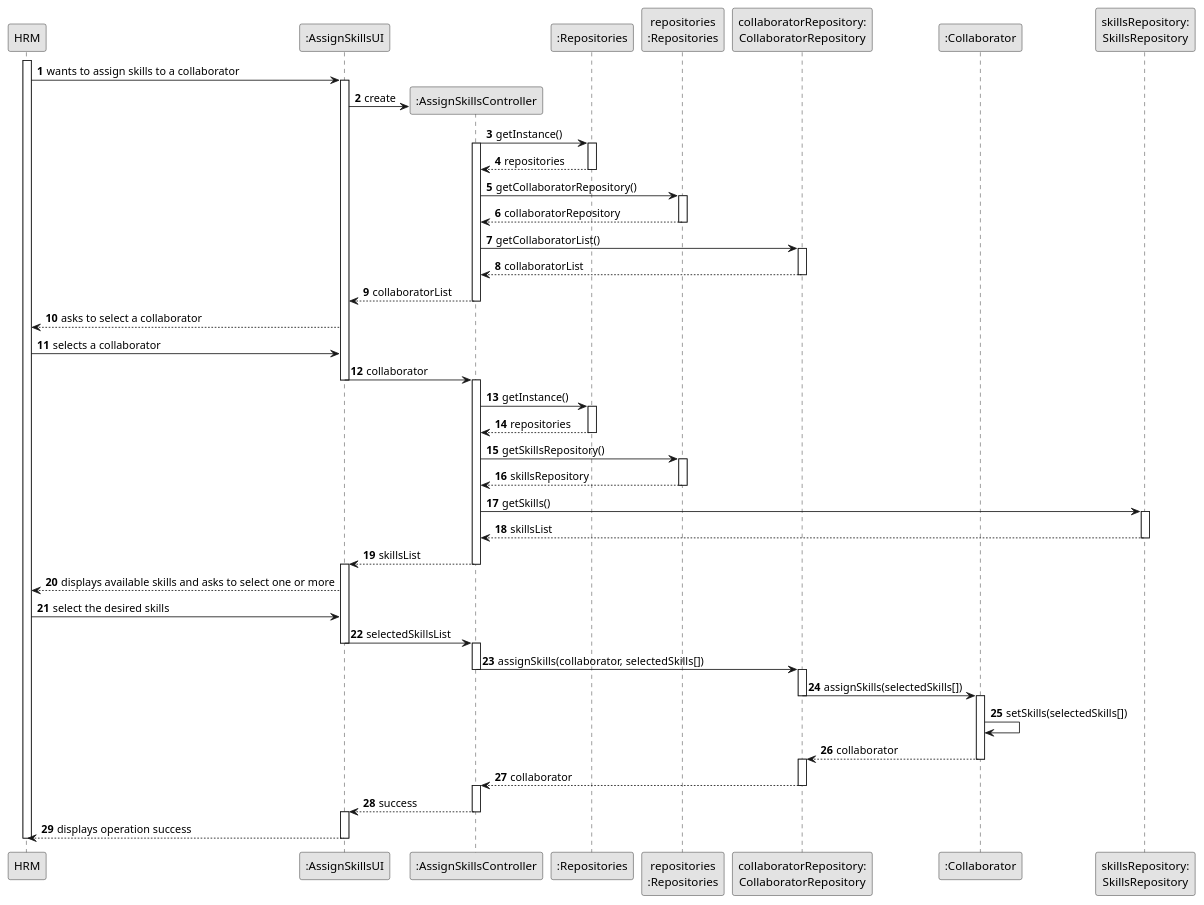
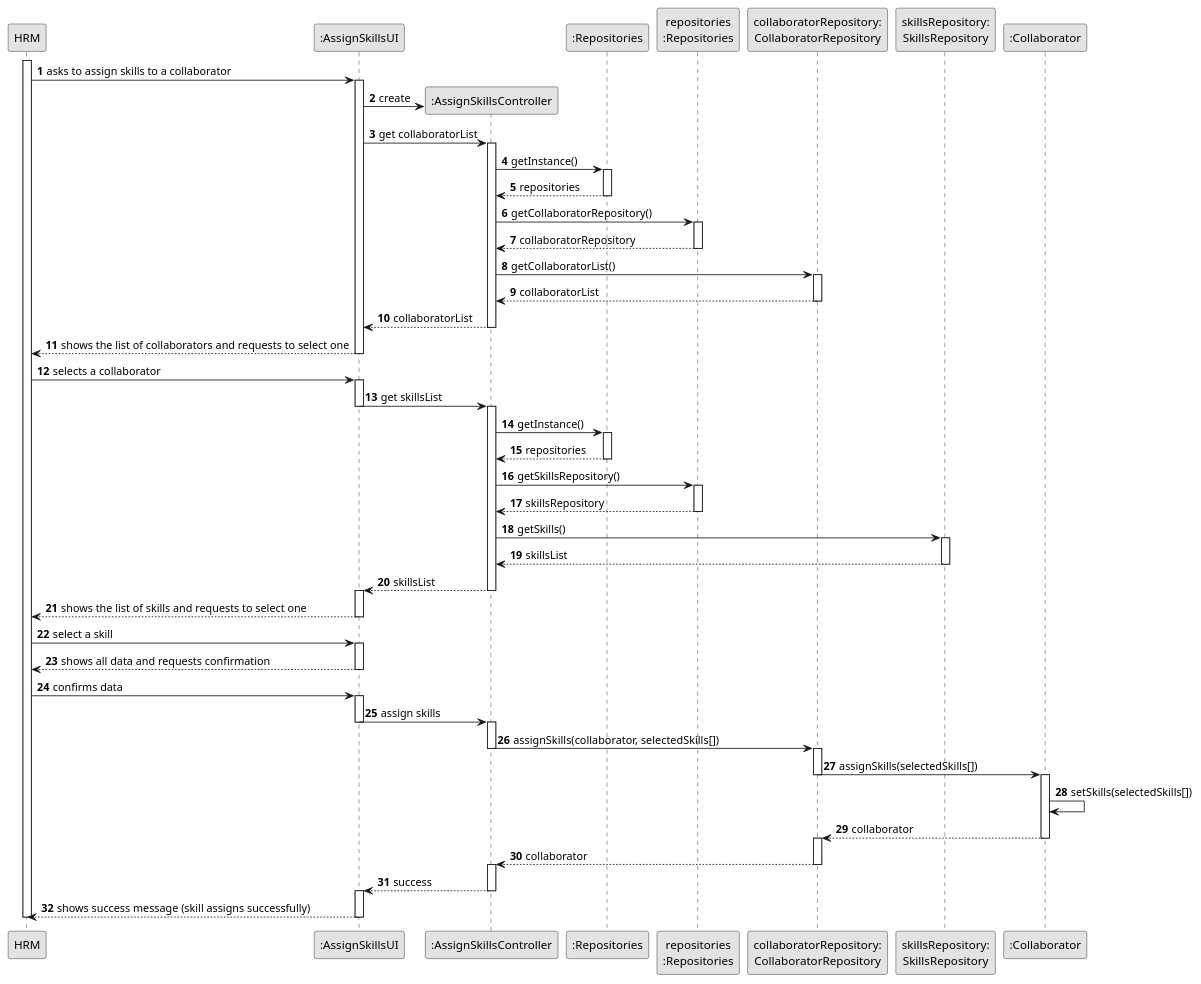
Before and after one commit to ricardomm7/leaflink: the diagram in docs/sprintB/us004/03.design/puml/us004-sequence-diagram-full.puml, drawn with PlantUML. The commit also changed 20 other files, not shown here.

```diff
--- a/docs/sprintB/us004/03.design/puml/us004-sequence-diagram-full.puml
+++ b/docs/sprintB/us004/03.design/puml/us004-sequence-diagram-full.puml
@@ -1,102 +1,113 @@
 @startuml
 skinparam monochrome true
 skinparam packageStyle rectangle
 skinparam shadowing false
 
 autonumber
 
 participant "HRM" as HRM
 participant ":AssignSkillsUI" as UI
 participant ":AssignSkillsController" as CTRL
 participant ":Repositories" as GlobRepo
 participant "repositories\n:Repositories" as PLAT
 participant "collaboratorRepository:\nCollaboratorRepository" as CLBREP
+participant "skillsRepository:\nSkillsRepository" as skillsRepository
 participant ":Collaborator" as CLB
-participant "skillsRepository:\nSkillsRepository" as skillsRepository
 
 
 activate HRM
-HRM -> UI : wants to assign skills to a collaborator
+HRM -> UI : asks to assign skills to a collaborator
 activate UI
 UI -> CTRL** : create
 
+UI -> CTRL: get collaboratorList
+activate CTRL
 
 CTRL -> GlobRepo : getInstance()
-activate CTRL
 activate GlobRepo
 GlobRepo --> CTRL : repositories
 deactivate GlobRepo
 CTRL -> PLAT : getCollaboratorRepository()
 activate PLAT
 PLAT -->  CTRL: collaboratorRepository
 deactivate PLAT
 
 CTRL -> CLBREP : getCollaboratorList()
 activate CLBREP
 CLBREP --> CTRL : collaboratorList
 deactivate CLBREP
 CTRL --> UI : collaboratorList
 deactivate CTRL
-UI --> HRM : asks to select a collaborator
+UI --> HRM : shows the list of collaborators and requests to select one
+deactivate UI
 
 HRM -> UI : selects a collaborator
+activate UI
 
-UI -> CTRL : collaborator
+UI -> CTRL : get skillsList
 deactivate UI
 activate CTRL
 
 CTRL -> GlobRepo : getInstance()
 activate GlobRepo
 
 GlobRepo --> CTRL : repositories
 deactivate GlobRepo
 
 CTRL -> PLAT : getSkillsRepository()
 activate PLAT
 
 PLAT -->  CTRL: skillsRepository
 deactivate PLAT
 
 CTRL -> skillsRepository : getSkills()
 activate skillsRepository
 
 skillsRepository --> CTRL : skillsList
 deactivate skillsRepository
 
 CTRL --> UI : skillsList
 deactivate CTRL
 activate UI
 
-UI --> HRM : displays available skills and asks to select one or more
+UI --> HRM : shows the list of skills and requests to select one
+deactivate UI
 
-HRM -> UI : select the desired skills
+HRM -> UI : select a skill
+activate UI
 
-UI -> CTRL : selectedSkillsList
+UI --> HRM: shows all data and requests confirmation
+deactivate UI
+
+HRM -> UI: confirms data
+activate UI
+
+UI -> CTRL : assign skills
 deactivate UI
 activate CTRL
 
 
 CTRL -> CLBREP : assignSkills(collaborator, selectedSkills[])
 deactivate CTRL
 
 activate CLBREP
 CLBREP -> CLB : assignSkills(selectedSkills[])
 deactivate CLBREP
 activate CLB
 
 CLB -> CLB : setSkills(selectedSkills[])
 
 CLB --> CLBREP : collaborator
 deactivate CLB
 activate CLBREP
 
 CLBREP --> CTRL : collaborator
 deactivate CLBREP
 activate CTRL
 CTRL --> UI : success
 deactivate CTRL
 activate UI
-UI --> HRM : displays operation success
+UI --> HRM : shows success message (skill assigns successfully)
 deactivate UI
 deactivate HRM
 @enduml
```
